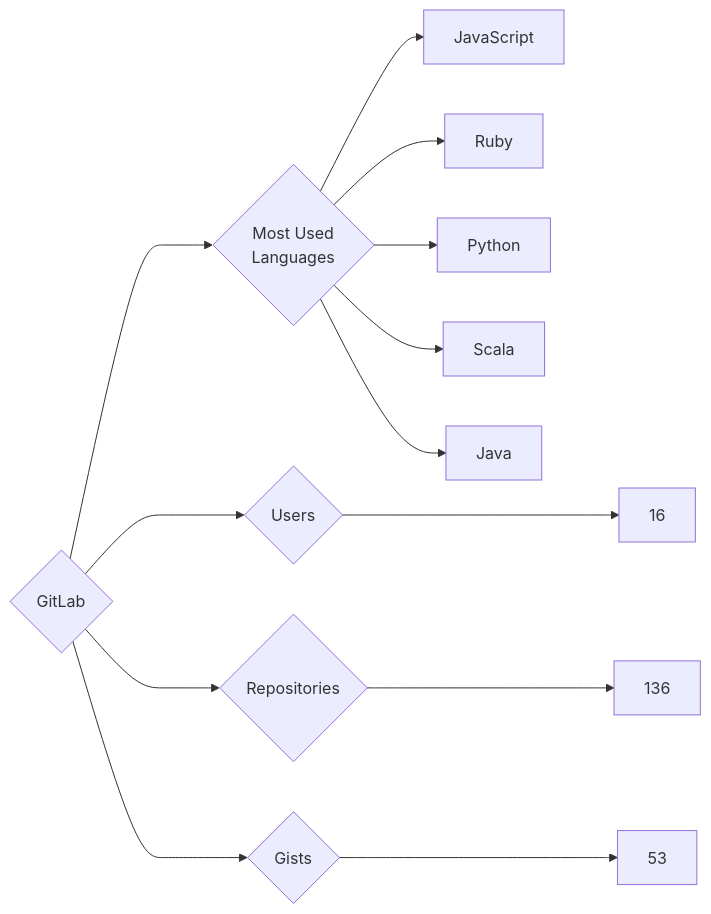
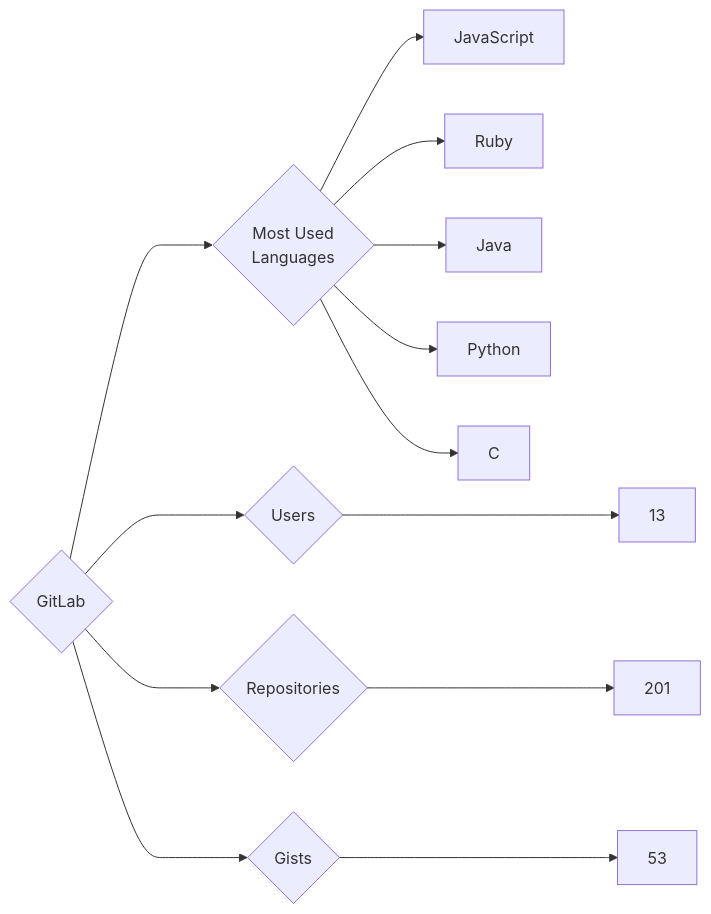
One commit to trickest/insiders changed the diagram in targets/GitLab/README.md. Above: the diagram before and after it, drawn with Mermaid. The commit also changed 874 other files, not shown here.

````diff
--- a/targets/GitLab/README.md
+++ b/targets/GitLab/README.md
@@ -3,13 +3,13 @@
 ```mermaid
 graph LR
 COMPANY_NAME{GitLab}
-COMPANY_NAME ---> U{Users} ---> UN[16]
-COMPANY_NAME ---> R{Repositories} ---> RN[136]
+COMPANY_NAME ---> U{Users} ---> UN[13]
+COMPANY_NAME ---> R{Repositories} ---> RN[201]
 COMPANY_NAME ---> G{Gists} ---> GN[53]
 COMPANY_NAME ---> ML{Most Used<br>Languages}
 ML --> JavaScript[JavaScript]
 ML --> Ruby[Ruby]
+ML --> Java[Java]
 ML --> Python[Python]
-ML --> Scala[Scala]
-ML --> Java[Java]
+ML --> C[C]
 ```
````
